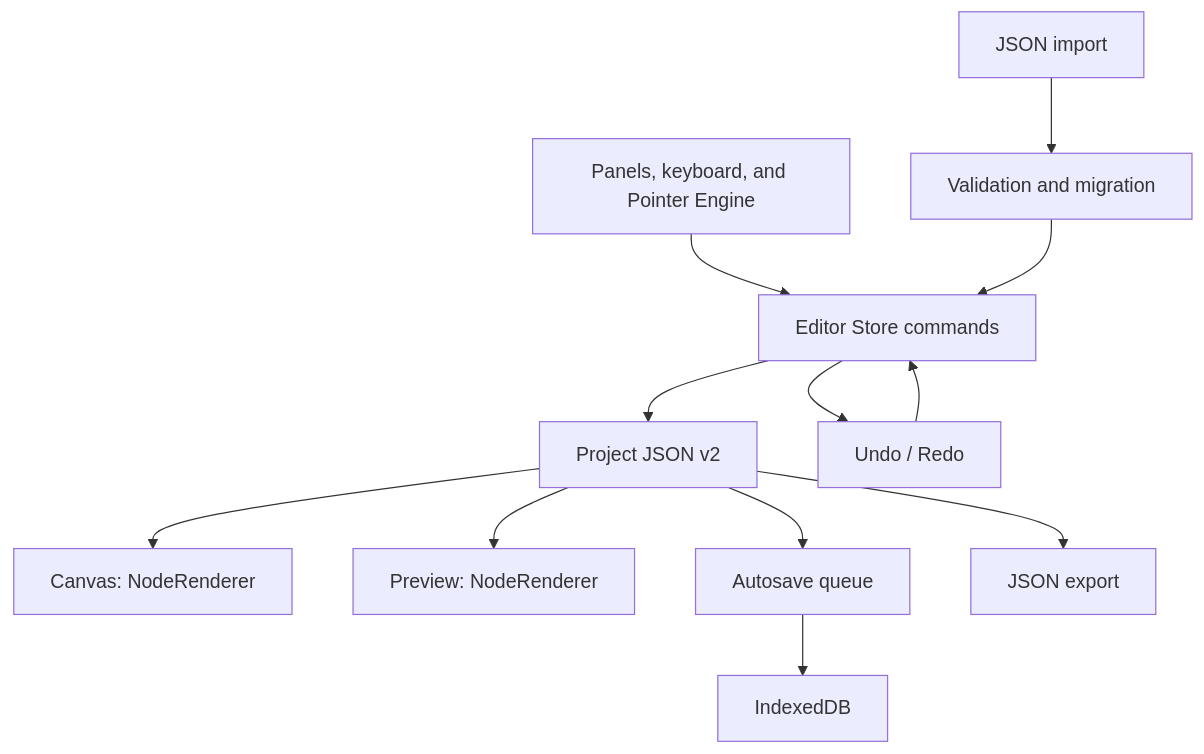
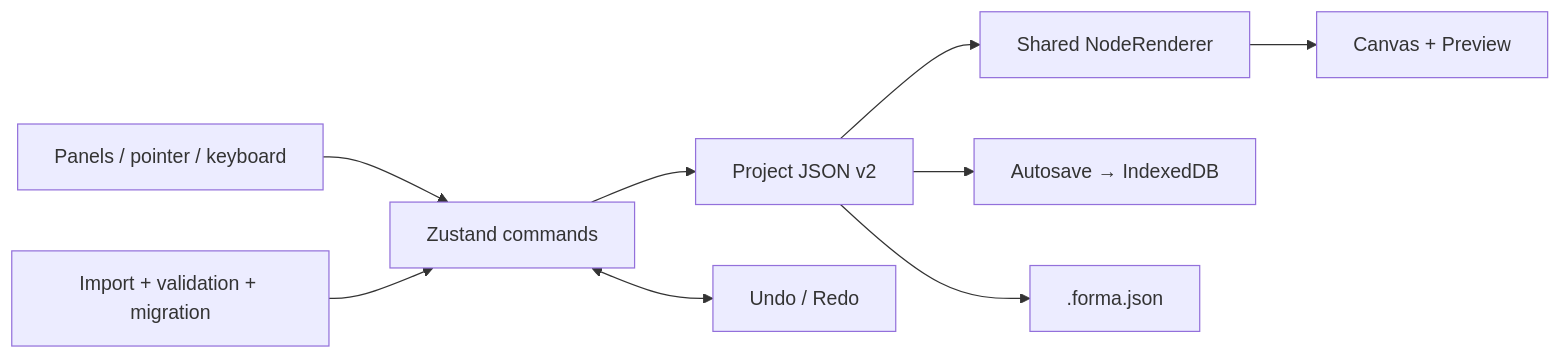
The diagram in README.md (TikTak-creator/Universal_Ai_Builder), drawn with Mermaid before and after one commit. The commit also changed other lines of this file and 19 other files, not shown here.

````diff
--- a/README.md
+++ b/README.md
@@ -326,14 +159,11 @@
 ```mermaid
-flowchart TD
-    UI["Panels, keyboard, and Pointer Engine"] --> Commands["Editor Store commands"]
-    Commands --> Project["Project JSON v2"]
-    Commands --> History["Undo / Redo"]
-    History --> Commands
-    Project --> Canvas["Canvas: NodeRenderer"]
-    Project --> Preview["Preview: NodeRenderer"]
-    Project --> Autosave["Autosave queue"]
-    Autosave --> DB["IndexedDB"]
-    Project --> Export["JSON export"]
-    Import["JSON import"] --> Validate["Validation and migration"]
-    Validate --> Commands
+flowchart LR
+  Tools["Panels / pointer / keyboard"] --> Store["Zustand commands"]
+  Store --> Project["Project JSON v2"]
+  Store <--> History["Undo / Redo"]
+  Project --> Renderer["Shared NodeRenderer"]
+  Renderer --> Canvas["Canvas + Preview"]
+  Project --> Save["Autosave → IndexedDB"]
+  Project --> Export[".forma.json"]
+  Import["Import + validation + migration"] --> Store
 ```
````
